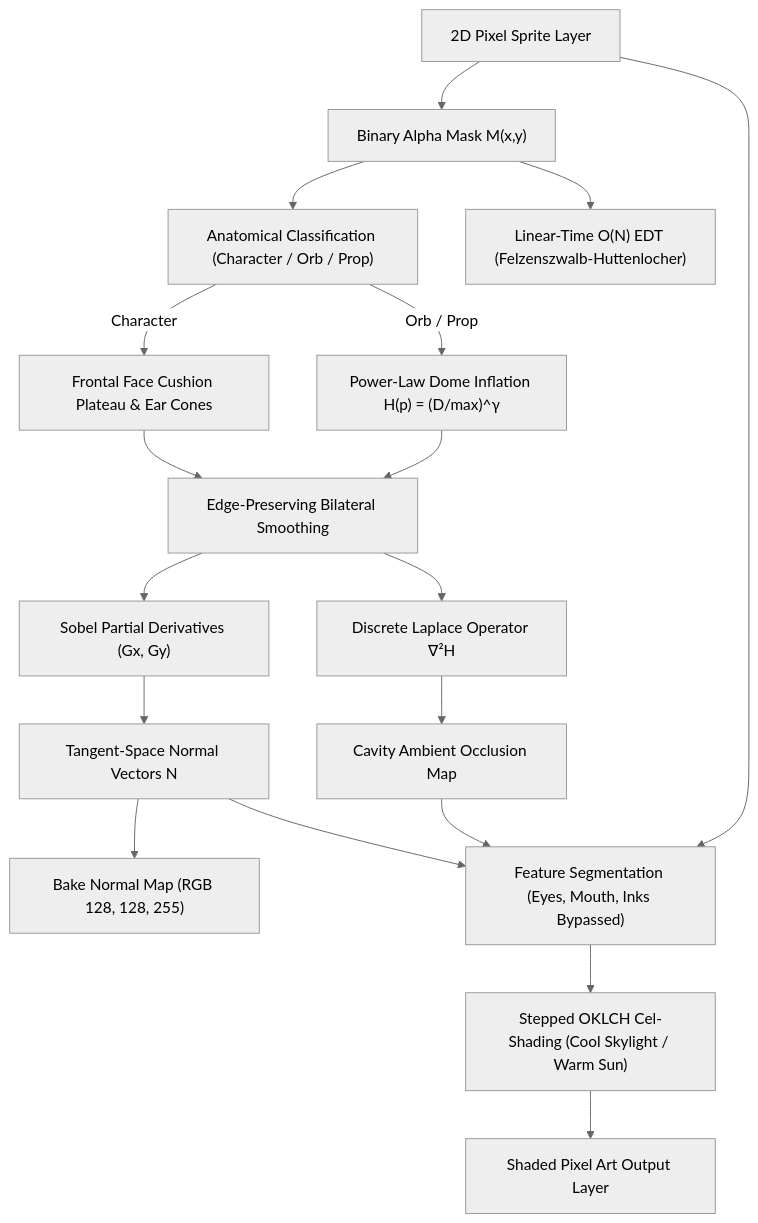
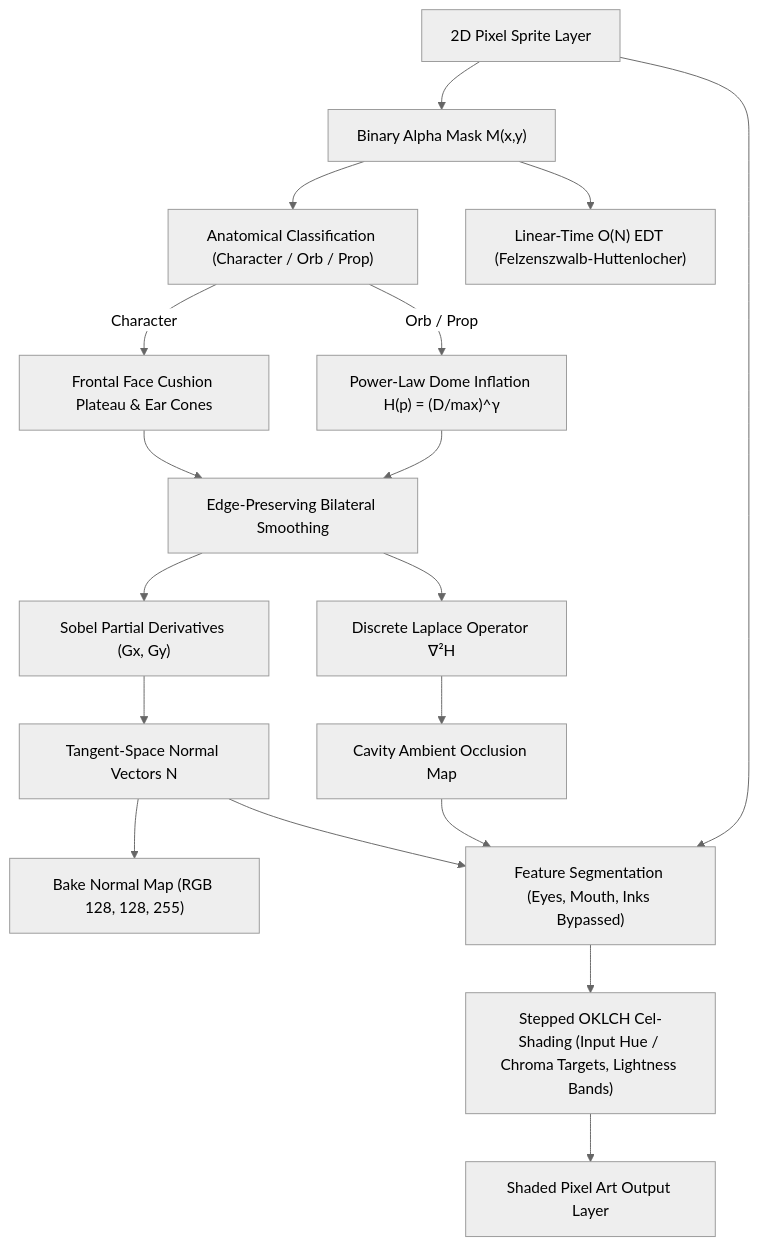
One commit to lxcario/PixiBun changed the third of 6 diagrams in ARCHITECTURE.md. Above: the diagram before and after it, drawn with Mermaid (neutral theme). The commit also changed other lines of this file and 13 other files, not shown here.

````diff
--- a/ARCHITECTURE.md
+++ b/ARCHITECTURE.md
@@ -245,21 +245,21 @@
 ```mermaid
 graph TD
     RawSprite["2D Pixel Sprite Layer"] --> Mask["Binary Alpha Mask M(x,y)"]
     Mask --> Classify["Anatomical Classification (Character / Orb / Prop)"]
     Mask --> EDT["Linear-Time O(N) EDT (Felzenszwalb-Huttenlocher)"]
     
     Classify -->|Character| Cushion["Frontal Face Cushion Plateau & Ear Cones"]
     Classify -->|Orb / Prop| Dome["Power-Law Dome Inflation H(p) = (D/max)^γ"]
     
     Cushion & Dome --> Bilateral["Edge-Preserving Bilateral Smoothing"]
     Bilateral --> Sobel["Sobel Partial Derivatives (Gx, Gy)"]
     Sobel --> Normals["Tangent-Space Normal Vectors N"]
     Normals --> Bake["Bake Normal Map (RGB 128, 128, 255)"]
 
     Bilateral --> Laplace["Discrete Laplace Operator ∇²H"]
     Laplace --> AO["Cavity Ambient Occlusion Map"]
 
     Normals & AO & RawSprite --> Protect["Feature Segmentation (Eyes, Mouth, Inks Bypassed)"]
-    Protect --> Lighting["Stepped OKLCH Cel-Shading (Cool Skylight / Warm Sun)"]
+    Protect --> Lighting["Stepped OKLCH Cel-Shading (Input Hue / Chroma Targets, Lightness Bands)"]
     Lighting --> FinalOutput["Shaded Pixel Art Output Layer"]
 ```
````
